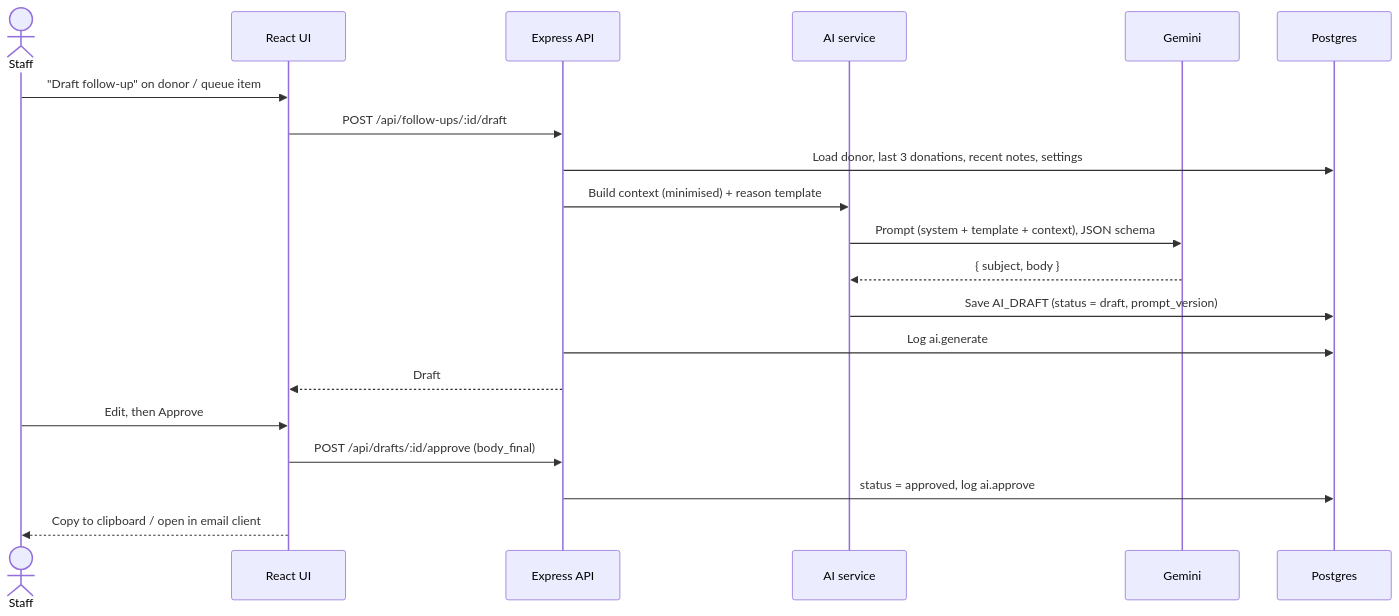
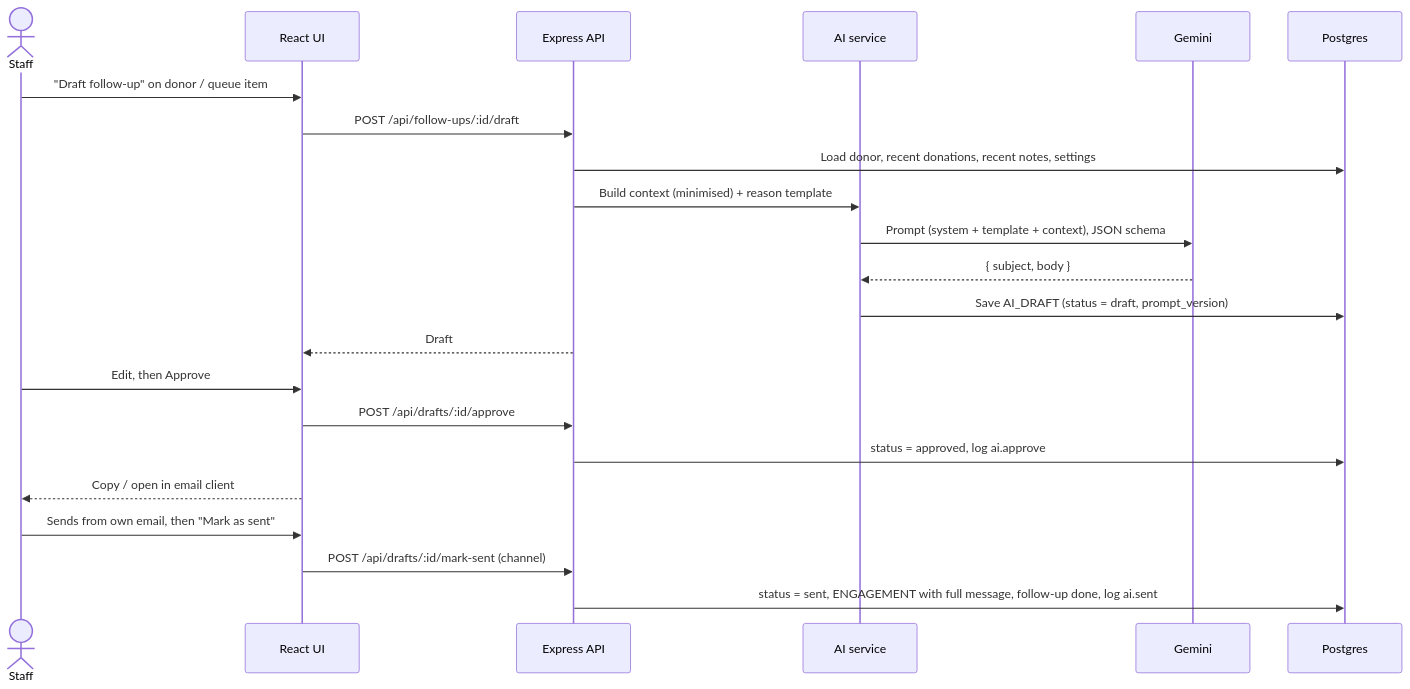
Before and after one commit to LeanneLee97/FFFA-Donor-Management-System: the third of 3 diagrams in docs/SYSTEM_DESIGN.md, drawn with Mermaid. The commit also changed other lines of this file and 1 other file, not shown here.

````diff
--- a/docs/SYSTEM_DESIGN.md
+++ b/docs/SYSTEM_DESIGN.md
@@ -212,23 +246,25 @@
 ```mermaid
 sequenceDiagram
     actor Staff
     participant UI as React UI
     participant API as Express API
     participant AI as AI service
     participant G as Gemini
     participant DB as Postgres
 
     Staff->>UI: "Draft follow-up" on donor / queue item
     UI->>API: POST /api/follow-ups/:id/draft
-    API->>DB: Load donor, last 3 donations, recent notes, settings
+    API->>DB: Load donor, recent donations, recent notes, settings
     API->>AI: Build context (minimised) + reason template
     AI->>G: Prompt (system + template + context), JSON schema
     G-->>AI: { subject, body }
     AI->>DB: Save AI_DRAFT (status = draft, prompt_version)
-    API->>DB: Log ai.generate
     API-->>UI: Draft
     Staff->>UI: Edit, then Approve
-    UI->>API: POST /api/drafts/:id/approve (body_final)
+    UI->>API: POST /api/drafts/:id/approve
     API->>DB: status = approved, log ai.approve
-    UI-->>Staff: Copy to clipboard / open in email client
+    UI-->>Staff: Copy / open in email client
+    Staff->>UI: Sends from own email, then "Mark as sent"
+    UI->>API: POST /api/drafts/:id/mark-sent (channel)
+    API->>DB: status = sent, ENGAGEMENT with full message, follow-up done, log ai.sent
 ```
````
